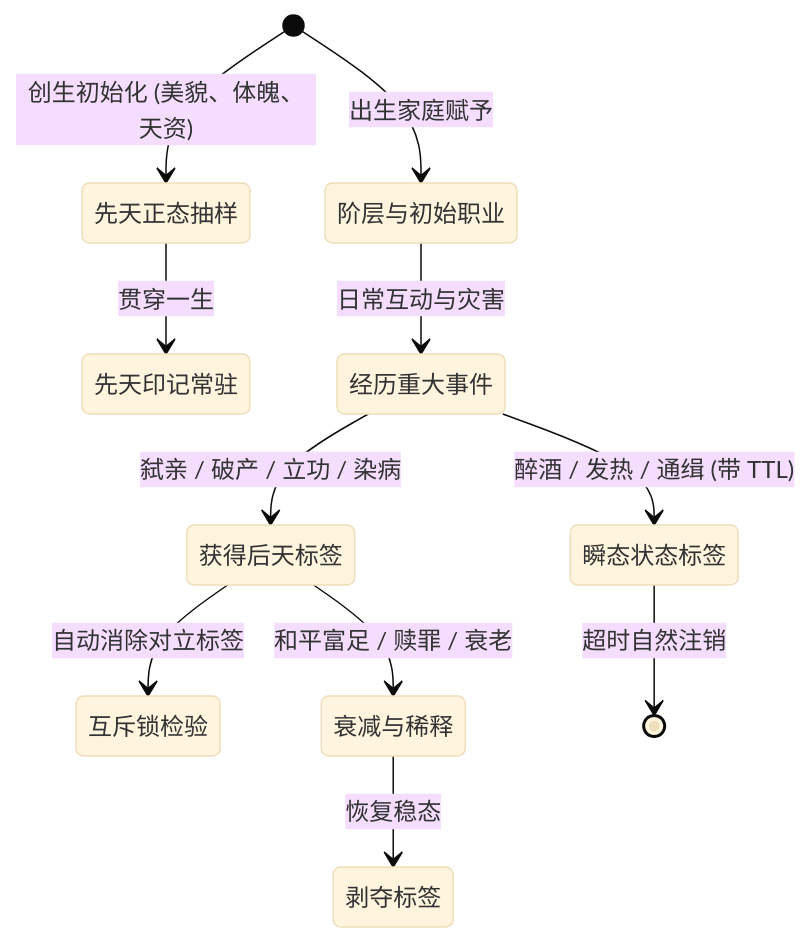
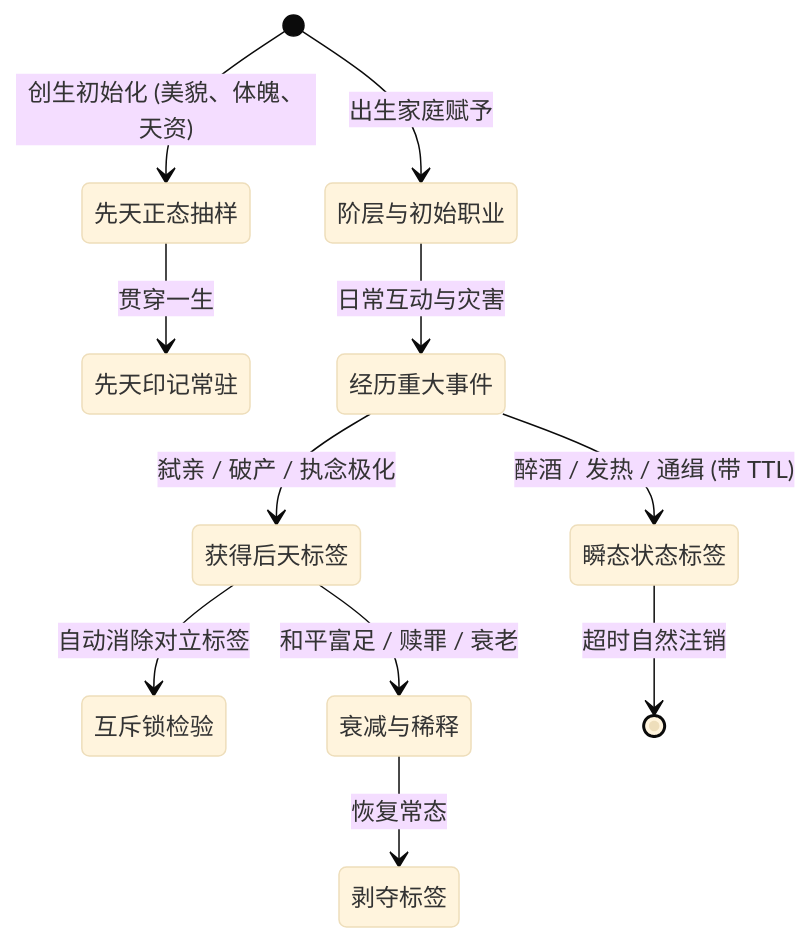
Before and after one commit to ghfcyu/autonomous-npc-agent: the second of 2 diagrams in docs/NPC_TAG_DATABASE.md, drawn with Mermaid (base theme). The commit also changed other lines of this file and 3 other files, not shown here.

````diff
--- a/docs/NPC_TAG_DATABASE.md
+++ b/docs/NPC_TAG_DATABASE.md
@@ -210,17 +289,17 @@
 ```mermaid
 stateDiagram-v2
     [*] --> 先天正态抽样: 创生初始化 (美貌、体魄、天资)
     先天正态抽样 --> 先天印记常驻: 贯穿一生
     
     [*] --> 阶层与初始职业: 出生家庭赋予
     阶层与初始职业 --> 经历重大事件: 日常互动与灾害
     
-    经历重大事件 --> 获得后天标签: 弑亲 / 破产 / 立功 / 染病
+    经历重大事件 --> 获得后天标签: 弑亲 / 破产 / 执念极化
     获得后天标签 --> 互斥锁检验: 自动消除对立标签
     
     获得后天标签 --> 衰减与稀释: 和平富足 / 赎罪 / 衰老
-    衰减与稀释 --> 剥夺标签: 恢复稳态
+    衰减与稀释 --> 剥夺标签: 恢复常态
     
     经历重大事件 --> 瞬态状态标签: 醉酒 / 发热 / 通缉 (带 TTL)
     瞬态状态标签 --> [*]: 超时自然注销
 ```
````
